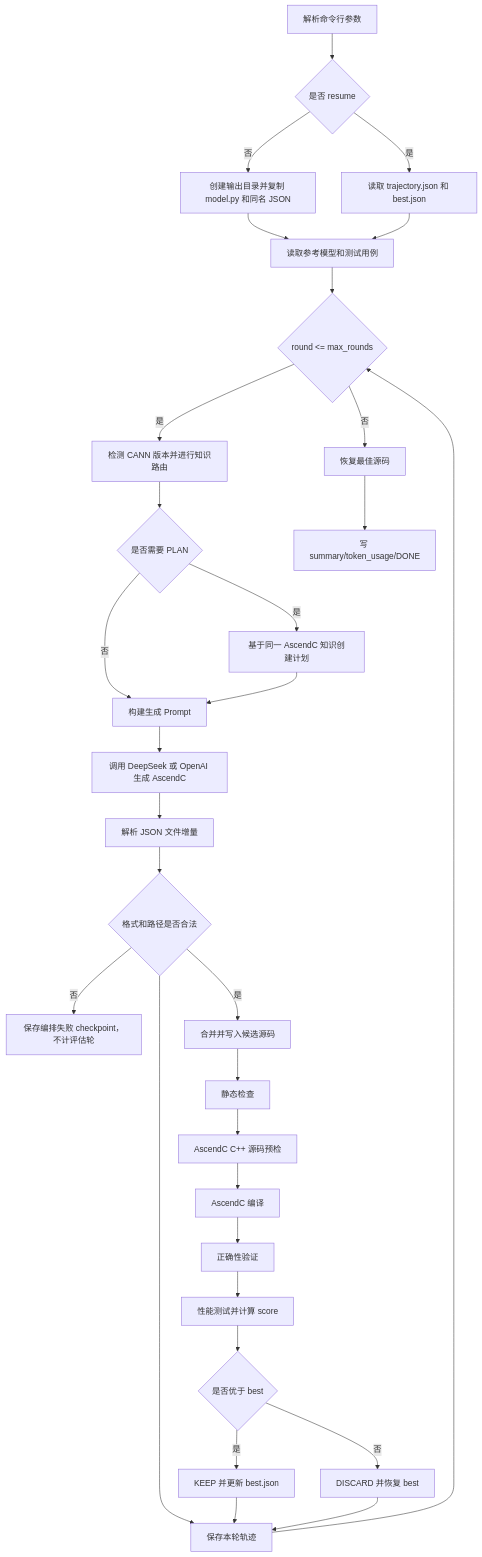
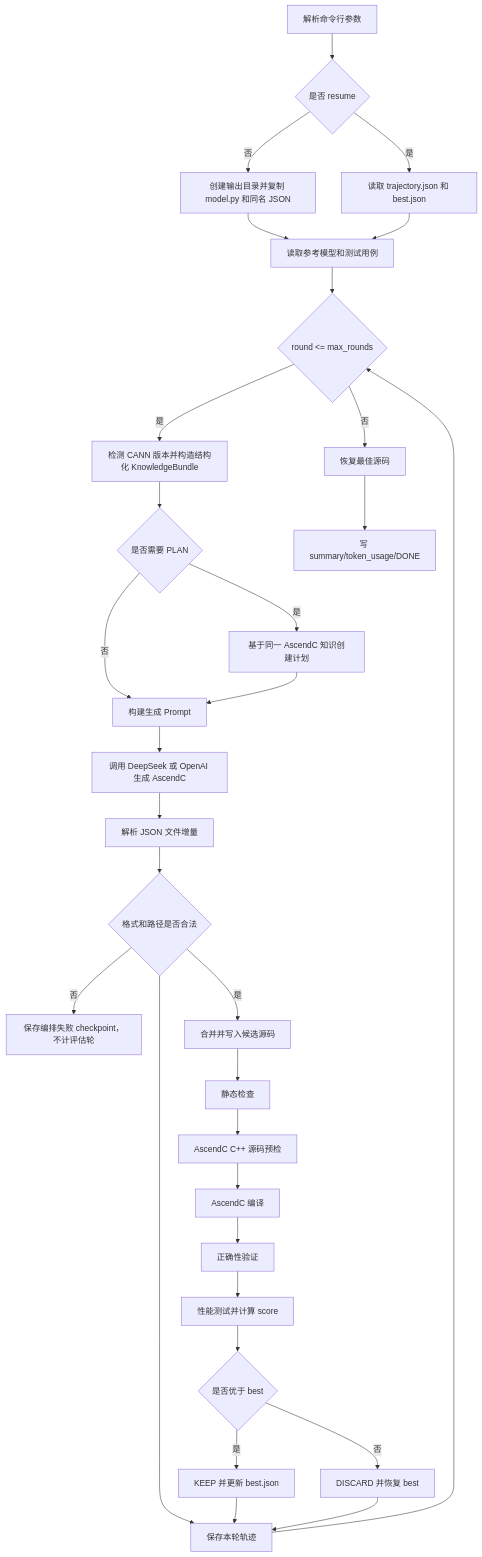
One commit to Bo1222/CannAgent changed the diagram in docs/non-claude-execution-analysis.md. Above: the diagram before and after it, drawn with Mermaid. The commit also changed other lines of this file and 52 other files, not shown here.

````diff
--- a/docs/non-claude-execution-analysis.md
+++ b/docs/non-claude-execution-analysis.md
@@ -46,33 +47,33 @@
 ```mermaid
 flowchart TD
     A[解析命令行参数] --> B{是否 resume}
     B -->|否| C[创建输出目录并复制 model.py 和同名 JSON]
     B -->|是| D[读取 trajectory.json 和 best.json]
     C --> E[读取参考模型和测试用例]
     D --> E
     E --> F{round <= max_rounds}
-    F -->|是| G[检测 CANN 版本并进行知识路由]
+    F -->|是| G[检测 CANN 版本并构造结构化 KnowledgeBundle]
     G --> H{是否需要 PLAN}
     H -->|是| H1[基于同一 AscendC 知识创建计划]
     H -->|否| I[构建生成 Prompt]
     H1 --> I
     I --> J[调用 DeepSeek 或 OpenAI 生成 AscendC]
     J --> K0[解析 JSON 文件增量]
     K0 --> K{格式和路径是否合法}
     K -->|否| X[保存编排失败 checkpoint，不计评估轮]
     K -->|是| L[合并并写入候选源码]
     L --> M[静态检查]
     M --> M2[AscendC C++ 源码预检]
     M2 --> N[AscendC 编译]
     N --> O[正确性验证]
     O --> P[性能测试并计算 score]
     P --> Q{是否优于 best}
     Q -->|是| R[KEEP 并更新 best.json]
     Q -->|否| S[DISCARD 并恢复 best]
     K --> T[保存本轮轨迹]
     R --> T
     S --> T
     T --> F
     F -->|否| U[恢复最佳源码]
     U --> V[写 summary/token_usage/DONE]
 ```
````
